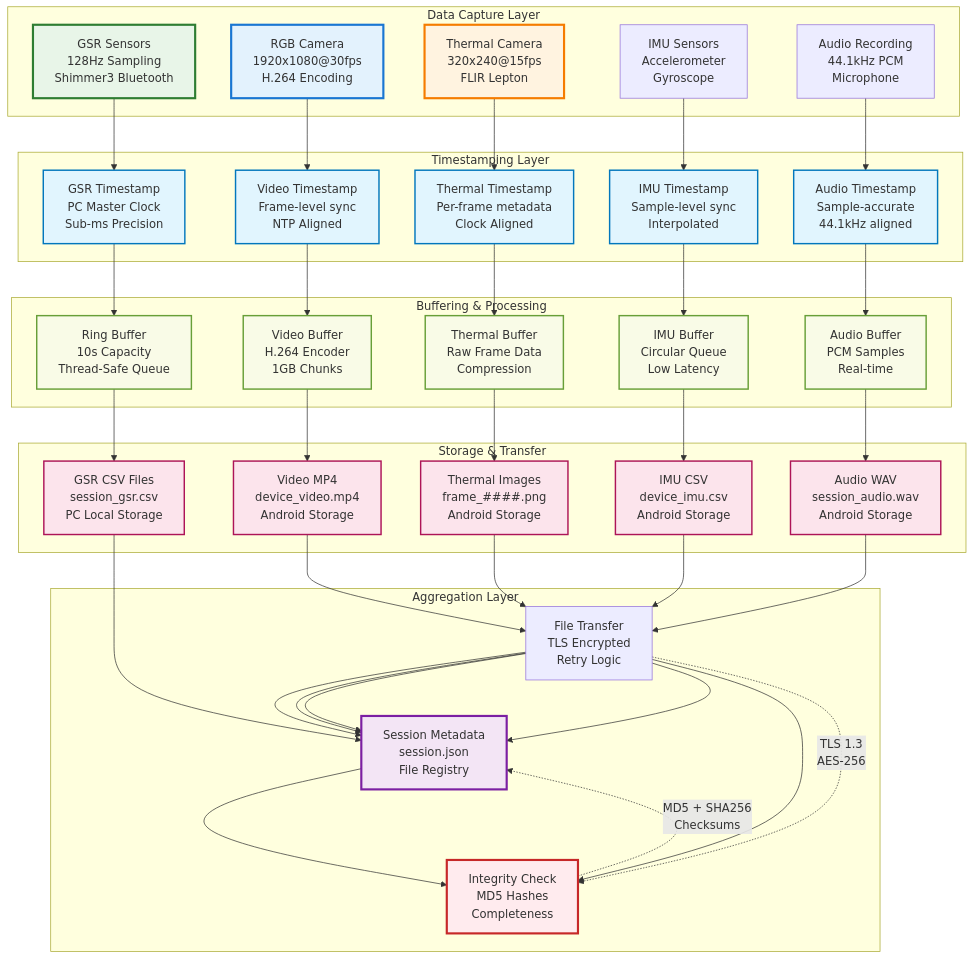
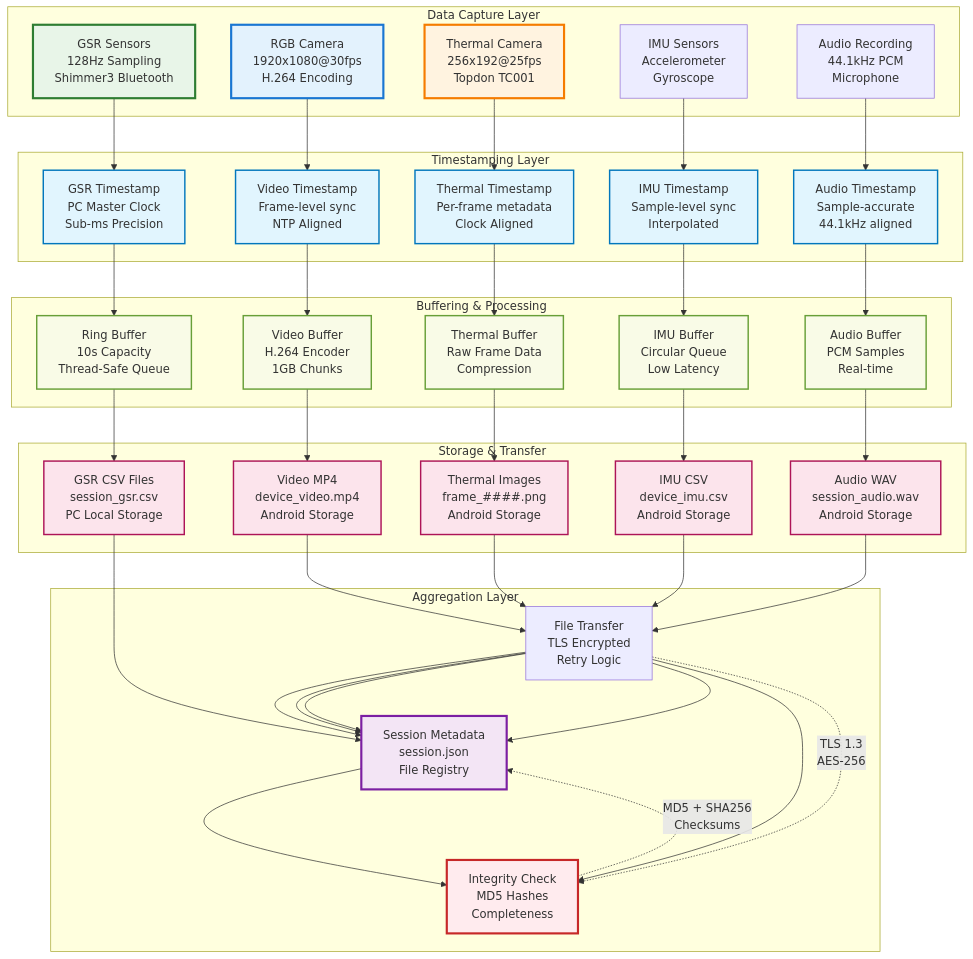
One commit to buccancs/fyp-multi-sensor-recording-system changed the sixth of 19 diagrams in docs/diagrams/chapter3_diagrams.md. Above: the diagram before and after it, drawn with Mermaid. The commit also changed 4 other files, not shown here.

Commit message:
Fix device reference errors: Replace FLIR with Topdon TC001 specifications

````diff
--- a/docs/diagrams/chapter3_diagrams.md
+++ b/docs/diagrams/chapter3_diagrams.md
@@ -283,77 +283,77 @@
 ```mermaid
 graph TD
     subgraph "Data Capture Layer"
         GSR[GSR Sensors<br/>128Hz Sampling<br/>Shimmer3 Bluetooth]
         RGB[RGB Camera<br/>1920x1080@30fps<br/>H.264 Encoding]
-        THERMAL[Thermal Camera<br/>320x240@15fps<br/>FLIR Lepton]
+        THERMAL[Thermal Camera<br/>256x192@25fps<br/>Topdon TC001]
         IMU[IMU Sensors<br/>Accelerometer<br/>Gyroscope]
         AUDIO[Audio Recording<br/>44.1kHz PCM<br/>Microphone]
     end
     
     subgraph "Timestamping Layer"
         TS_GSR[GSR Timestamp<br/>PC Master Clock<br/>Sub-ms Precision]
         TS_VIDEO[Video Timestamp<br/>Frame-level sync<br/>NTP Aligned]
         TS_THERMAL[Thermal Timestamp<br/>Per-frame metadata<br/>Clock Aligned]
         TS_IMU[IMU Timestamp<br/>Sample-level sync<br/>Interpolated]
         TS_AUDIO[Audio Timestamp<br/>Sample-accurate<br/>44.1kHz aligned]
     end
     
     subgraph "Buffering & Processing"
         BUF_GSR[Ring Buffer<br/>10s Capacity<br/>Thread-Safe Queue]
         BUF_VIDEO[Video Buffer<br/>H.264 Encoder<br/>1GB Chunks]
         BUF_THERMAL[Thermal Buffer<br/>Raw Frame Data<br/>Compression]
         BUF_IMU[IMU Buffer<br/>Circular Queue<br/>Low Latency]
         BUF_AUDIO[Audio Buffer<br/>PCM Samples<br/>Real-time]
     end
     
     subgraph "Storage & Transfer"
         CSV_GSR[GSR CSV Files<br/>session_gsr.csv<br/>PC Local Storage]
         MP4_VIDEO[Video MP4<br/>device_video.mp4<br/>Android Storage]
         THERMAL_FILES[Thermal Images<br/>frame_####.png<br/>Android Storage]
         IMU_CSV[IMU CSV<br/>device_imu.csv<br/>Android Storage]
         AUDIO_WAV[Audio WAV<br/>session_audio.wav<br/>Android Storage]
     end
     
     subgraph "Aggregation Layer"
         SESSION_META[Session Metadata<br/>session.json<br/>File Registry]
         FILE_TRANSFER[File Transfer<br/>TLS Encrypted<br/>Retry Logic]
         DATA_VALIDATION[Integrity Check<br/>MD5 Hashes<br/>Completeness]
     end
     
     %% Data Flow Connections
     GSR --> TS_GSR --> BUF_GSR --> CSV_GSR
     RGB --> TS_VIDEO --> BUF_VIDEO --> MP4_VIDEO
     THERMAL --> TS_THERMAL --> BUF_THERMAL --> THERMAL_FILES
     IMU --> TS_IMU --> BUF_IMU --> IMU_CSV
     AUDIO --> TS_AUDIO --> BUF_AUDIO --> AUDIO_WAV
     
     %% Aggregation Flow
     CSV_GSR --> SESSION_META
     MP4_VIDEO --> FILE_TRANSFER --> SESSION_META
     THERMAL_FILES --> FILE_TRANSFER --> SESSION_META
     IMU_CSV --> FILE_TRANSFER --> SESSION_META
     AUDIO_WAV --> FILE_TRANSFER --> SESSION_META
     
     %% Validation
     SESSION_META --> DATA_VALIDATION
     FILE_TRANSFER --> DATA_VALIDATION
     
     %% Security Annotations
     FILE_TRANSFER -.->|TLS 1.3<br/>AES-256| DATA_VALIDATION
     DATA_VALIDATION -.->|MD5 + SHA256<br/>Checksums| SESSION_META
     
     %% Styling
     style GSR fill:#e8f5e8,stroke:#2e7d32,stroke-width:3px
     style RGB fill:#e3f2fd,stroke:#1976d2,stroke-width:3px  
     style THERMAL fill:#fff3e0,stroke:#f57c00,stroke-width:3px
     style SESSION_META fill:#f3e5f5,stroke:#7b1fa2,stroke-width:3px
     style DATA_VALIDATION fill:#ffebee,stroke:#c62828,stroke-width:3px
     
     classDef timestampNode fill:#e1f5fe,stroke:#0277bd,stroke-width:2px
     classDef bufferNode fill:#f9fbe7,stroke:#689f38,stroke-width:2px
     classDef storageNode fill:#fce4ec,stroke:#ad1457,stroke-width:2px
     
     class TS_GSR,TS_VIDEO,TS_THERMAL,TS_IMU,TS_AUDIO timestampNode
     class BUF_GSR,BUF_VIDEO,BUF_THERMAL,BUF_IMU,BUF_AUDIO bufferNode
     class CSV_GSR,MP4_VIDEO,THERMAL_FILES,IMU_CSV,AUDIO_WAV storageNode
 ```
````
